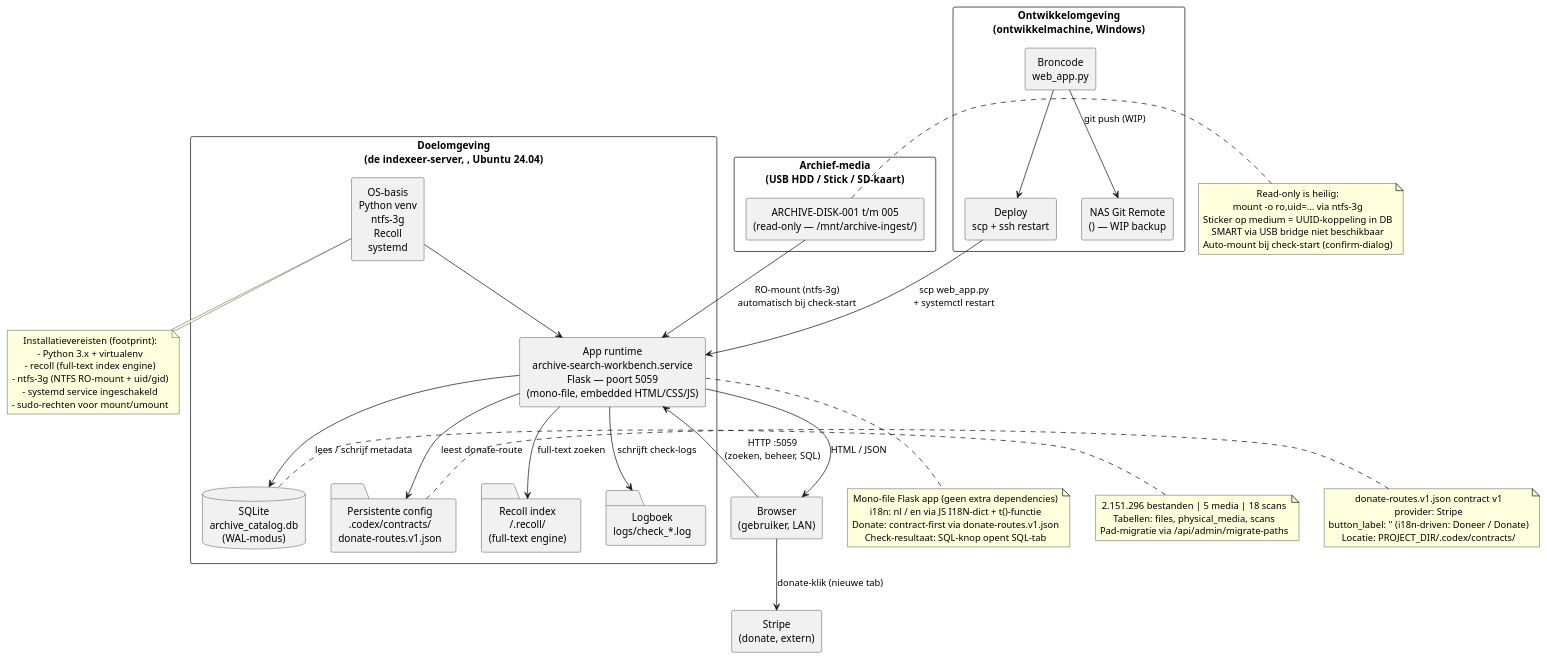
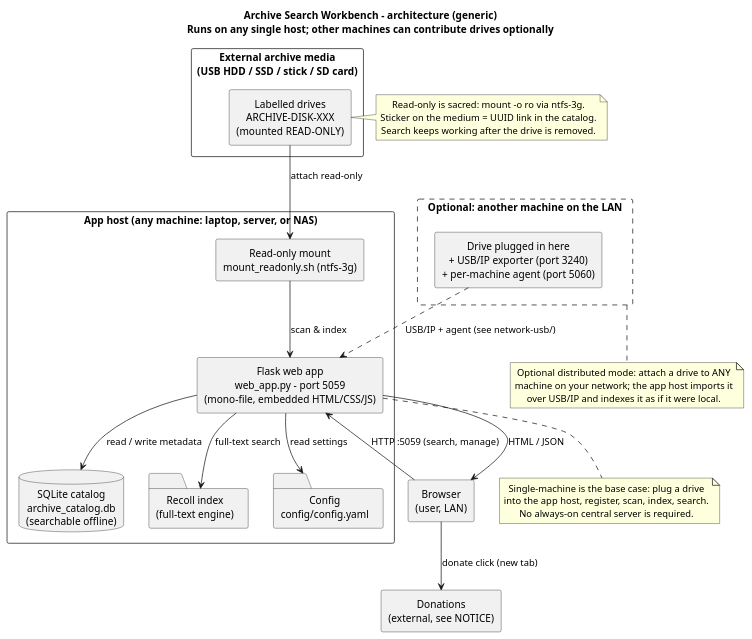
One commit to dma61/archive-search-workbench changed the diagram in docs/ARCHITECTUUR.puml. Above: the diagram before and after it, drawn with PlantUML. The commit also changed 11 other files, not shown here.

Commit message:
Docs: English-first README + INSTALL guide (bilingual EN/NL), generic English diagrams

```diff
--- a/docs/ARCHITECTUUR.puml
+++ b/docs/ARCHITECTUUR.puml
@@ -1,92 +1,55 @@
 @startuml
+title Archive Search Workbench - architecture (generic)\nRuns on any single host; other machines can contribute drives optionally
 skinparam shadowing false
 skinparam packageStyle rectangle
 skinparam defaultTextAlignment center
 
-package "Ontwikkelomgeving\n(ontwikkelmachine, Windows)" {
- rectangle "Broncode\nweb_app.py" as src
- rectangle "Deploy\nscp + ssh restart" as deploy
- rectangle "NAS Git Remote\n() — WIP backup" as git
+package "App host (any machine: laptop, server, or NAS)" as host {
+ rectangle "Flask web app\nweb_app.py - port 5059\n(mono-file, embedded HTML/CSS/JS)" as app
+ database "SQLite catalog\narchive_catalog.db\n(searchable offline)" as db
+ folder "Recoll index\n(full-text engine)" as recoll
+ folder "Config\nconfig/config.yaml" as config
+ rectangle "Read-only mount\nmount_readonly.sh (ntfs-3g)" as mnt
 }
 
-package "Doelomgeving\n(de indexeer-server, , Ubuntu 24.04)" as live {
- rectangle "OS-basis\nPython venv\nntfs-3g\nRecoll\nsystemd" as osbase
-
- rectangle "App runtime\narchive-search-workbench.service\nFlask — poort 5059\n(mono-file, embedded HTML/CSS/JS)" as appruntime
-
- database "SQLite\narchive_catalog.db\n(WAL-modus)" as db
-
- folder "Recoll index\n~/.recoll/\n(full-text engine)" as recoll_idx
-
- folder "Persistente config\n.codex/contracts/\ndonate-routes.v1.json" as config
-
- folder "Logboek\nlogs/check_*.log" as logs
+package "External archive media\n(USB HDD / SSD / stick / SD card)" as media {
+ rectangle "Labelled drives\nARCHIVE-DISK-XXX\n(mounted READ-ONLY)" as disks
 }
 
-package "Archief-media\n(USB HDD / Stick / SD-kaart)" as media {
- rectangle "ARCHIVE-DISK-001 t/m 005\n(read-only — /mnt/archive-ingest/)" as disks
-}
+rectangle "Browser\n(user, LAN)" as browser
+rectangle "Donations\n(external, see NOTICE)" as donate
 
-rectangle "Browser\n(gebruiker, LAN)" as browser
-rectangle "Stripe\n(donate, extern)" as stripe
+browser --> app : HTTP :5059 (search, manage)
+app --> browser : HTML / JSON
+app --> db : read / write metadata
+app --> recoll : full-text search
+app --> config : read settings
+disks --> mnt : attach read-only
+mnt --> app : scan & index
+browser --> donate : donate click (new tab)
 
-' Deployment workflow
-src --> deploy
-deploy --> appruntime : scp web_app.py\n+ systemctl restart
-src --> git : git push (WIP)
-
-' Runtime structuur
-osbase --> appruntime
-appruntime --> db : lees / schrijf metadata
-appruntime --> recoll_idx : full-text zoeken
-appruntime --> config : leest donate-route
-appruntime --> logs : schrijft check-logs
-
-' Scan workflow (media aankoppelen)
-disks --> appruntime : RO-mount (ntfs-3g)\nautomatisch bij check-start
-
-' Gebruikersinteractie
-browser --> appruntime : HTTP :5059\n(zoeken, beheer, SQL)
-appruntime --> browser : HTML / JSON
-
-' Extern
-browser --> stripe : donate-klik (nieuwe tab)
-
-note bottom of osbase
-Installatievereisten (footprint):
-- Python 3.x + virtualenv
-- recoll (full-text index engine)
-- ntfs-3g (NTFS RO-mount + uid/gid)
-- systemd service ingeschakeld
-- sudo-rechten voor mount/umount
+note bottom of app
+Single-machine is the base case: plug a drive
+into the app host, register, scan, index, search.
+No always-on central server is required.
 end note
 
 note right of disks
-Read-only is heilig:
-mount -o ro,uid=... via ntfs-3g
-Sticker op medium = UUID-koppeling in DB
-SMART via USB bridge niet beschikbaar
-Auto-mount bij check-start (confirm-dialog)
+Read-only is sacred: mount -o ro via ntfs-3g.
+Sticker on the medium = UUID link in the catalog.
+Search keeps working after the drive is removed.
 end note
 
-note right of db
-2.151.296 bestanden | 5 media | 18 scans
-Tabellen: files, physical_media, scans
-Pad-migratie via /api/admin/migrate-paths
-end note
+' --- Optional: drives on other machines via USB/IP ---
+package "Optional: another machine on the LAN" as remote #line.dashed {
+ rectangle "Drive plugged in here\n+ USB/IP exporter (port 3240)\n+ per-machine agent (port 5060)" as rexp
+}
+rexp ..> app : USB/IP + agent (see network-usb/)
 
-note bottom of appruntime
-Mono-file Flask app (geen extra dependencies)
-i18n: nl / en via JS I18N-dict + t()-functie
-Donate: contract-first via donate-routes.v1.json
-Check-resultaat: SQL-knop opent SQL-tab
-end note
-
-note right of config
-donate-routes.v1.json contract v1
-provider: Stripe
-button_label: '' (i18n-driven: Doneer / Donate)
-Locatie: PROJECT_DIR/.codex/contracts/
+note bottom of remote
+Optional distributed mode: attach a drive to ANY
+machine on your network; the app host imports it
+over USB/IP and indexes it as if it were local.
 end note
 
 @enduml
```
